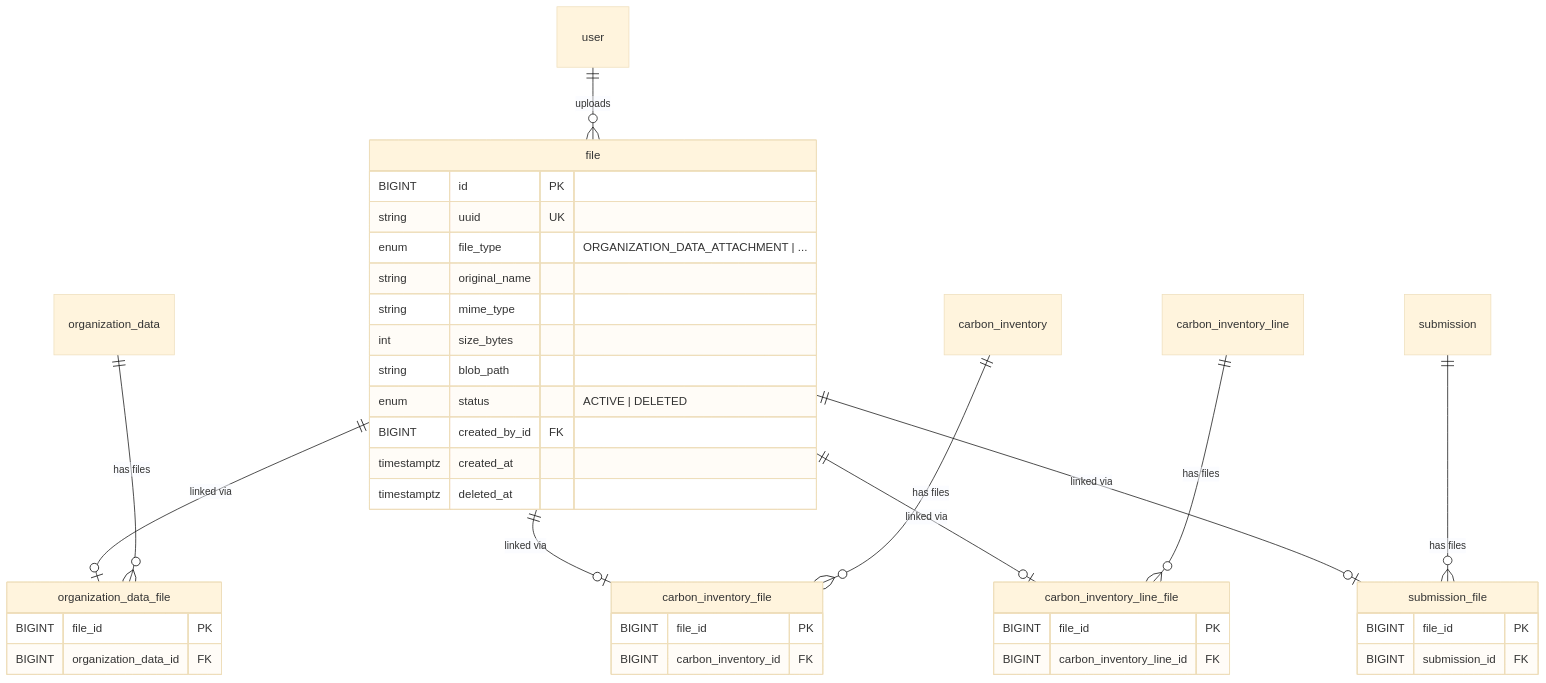
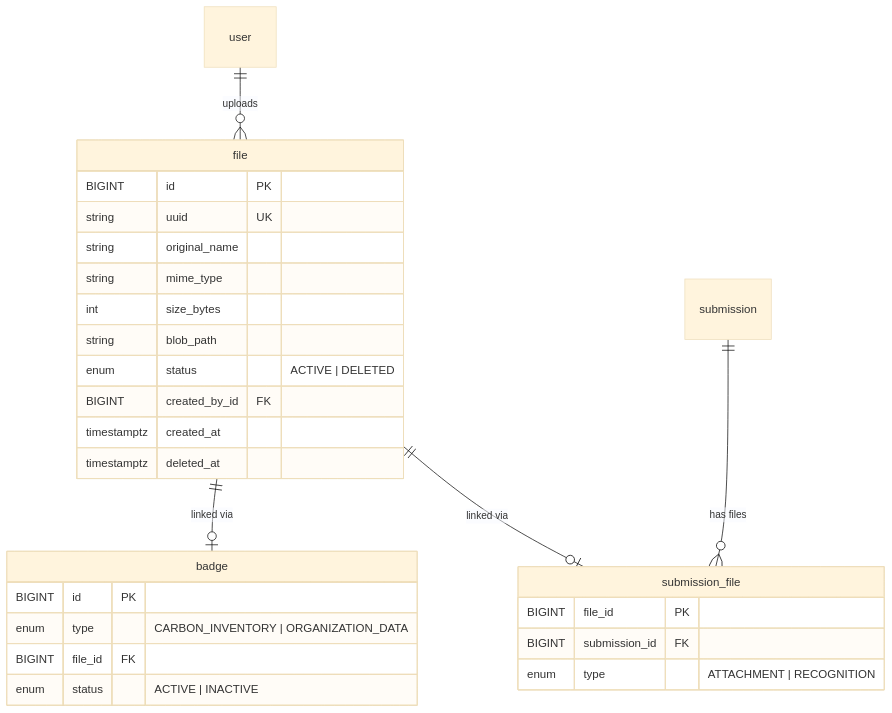
Before and after one commit to undp/carbon-footprint-program: the diagram in docs/Infra/FileStorage.md, drawn with Mermaid (base theme). The commit also changed other lines of this file, not shown here.

Commit message:
Feat: Update FileStorage documentation to reflect new subdomain structure and upload flow

````diff
--- a/docs/Infra/FileStorage.md
+++ b/docs/Infra/FileStorage.md
@@ -119,46 +112,33 @@
 ```mermaid
 erDiagram
     file {
         BIGINT id PK
         string uuid UK
-        enum file_type "ORGANIZATION_DATA_ATTACHMENT | ..."
         string original_name
         string mime_type
         int size_bytes
         string blob_path
         enum status "ACTIVE | DELETED"
         BIGINT created_by_id FK
         timestamptz created_at
         timestamptz deleted_at
     }
 
-    organization_data_file {
-        BIGINT file_id PK
-        BIGINT organization_data_id FK
-    }
-
-    carbon_inventory_file {
-        BIGINT file_id PK
-        BIGINT carbon_inventory_id FK
-    }
-
-    carbon_inventory_line_file {
-        BIGINT file_id PK
-        BIGINT carbon_inventory_line_id FK
+    badge {
+        BIGINT id PK
+        enum type "CARBON_INVENTORY | ORGANIZATION_DATA"
+        BIGINT file_id FK
+        enum status "ACTIVE | INACTIVE"
     }
 
     submission_file {
         BIGINT file_id PK
         BIGINT submission_id FK
+        enum type "ATTACHMENT | RECOGNITION"
     }
 
-    file ||--o| organization_data_file : "linked via"
-    file ||--o| carbon_inventory_file : "linked via"
-    file ||--o| carbon_inventory_line_file : "linked via"
+    file ||--o| badge : "linked via"
     file ||--o| submission_file : "linked via"
-    organization_data ||--o{ organization_data_file : "has files"
-    carbon_inventory ||--o{ carbon_inventory_file : "has files"
-    carbon_inventory_line ||--o{ carbon_inventory_line_file : "has files"
     submission ||--o{ submission_file : "has files"
     user ||--o{ file : "uploads"
 ```
````
